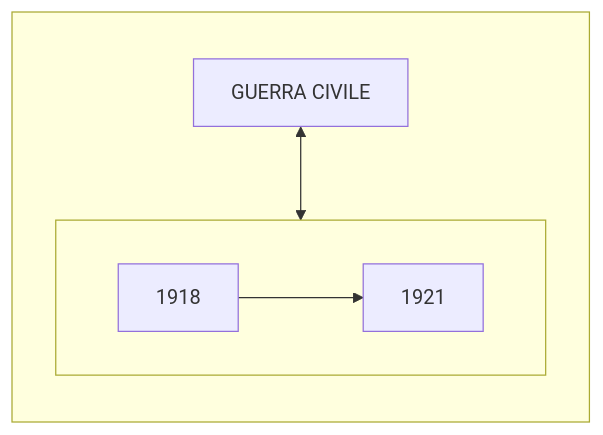
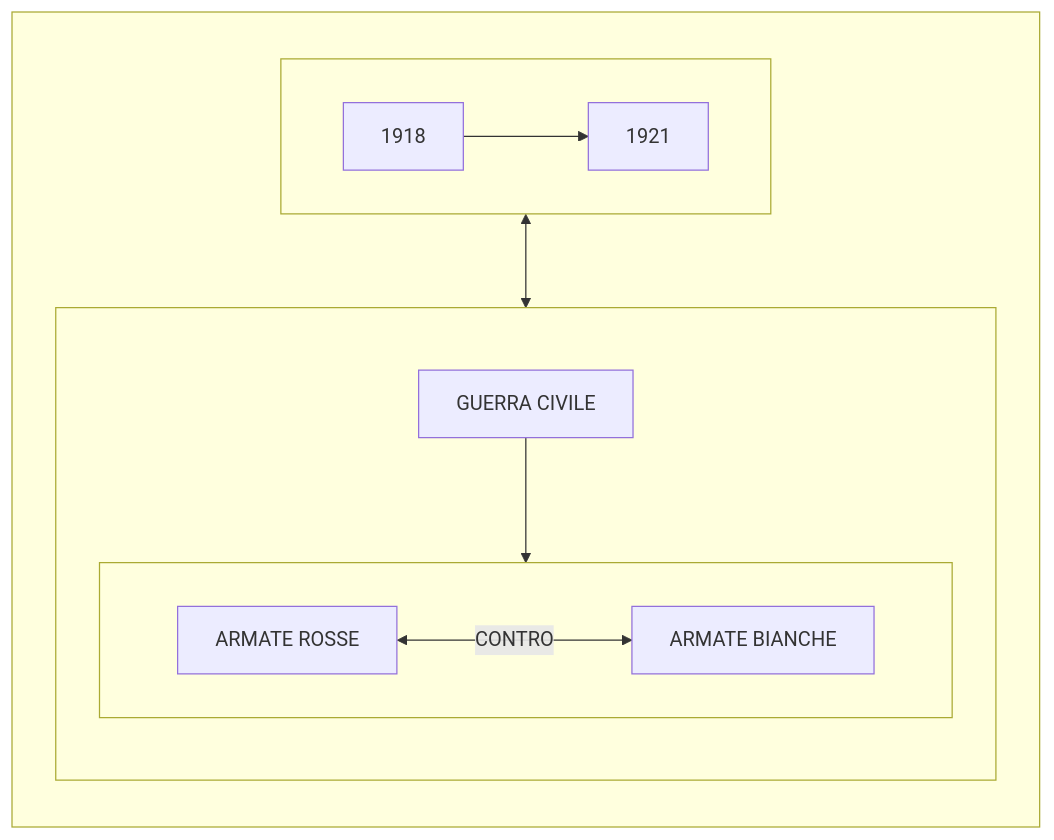
Before and after one commit to Laaouatni/ricerca-storia-MermaidJS: the diagram in prova.md, drawn with Mermaid.

````diff
--- a/prova.md
+++ b/prova.md
@@ -1,14 +1,25 @@
 ```mermaid
 flowchart TB;
   subgraph 0[" "]
     direction TB;
     subgraph 01[" "]
       direction LR;
       010[1918]
       011[1921]
       010 --> 011
     end
-    02[GUERRA CIVILE]
-    02 <--> 01
+    01 <--> 02
+
+    subgraph 02[" "]
+      direction TB;
+      020[GUERRA CIVILE]
+      subgraph 021[" "]
+        direction LR;
+        0210[ARMATE ROSSE]
+        0211[ARMATE BIANCHE]
+        0210 <-->|CONTRO| 0211
+      end
+      020 --> 021
+    end
   end
 ```
````
